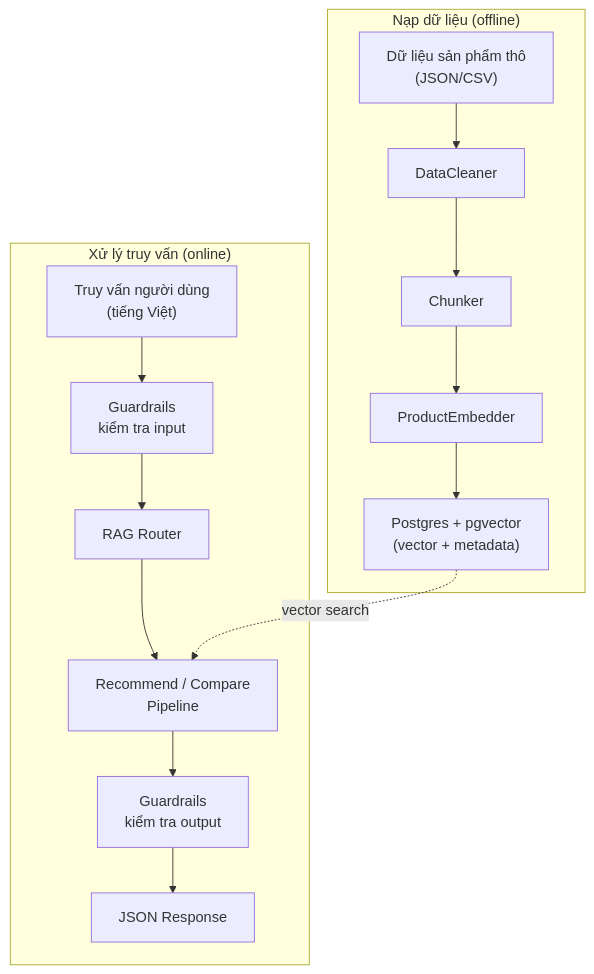
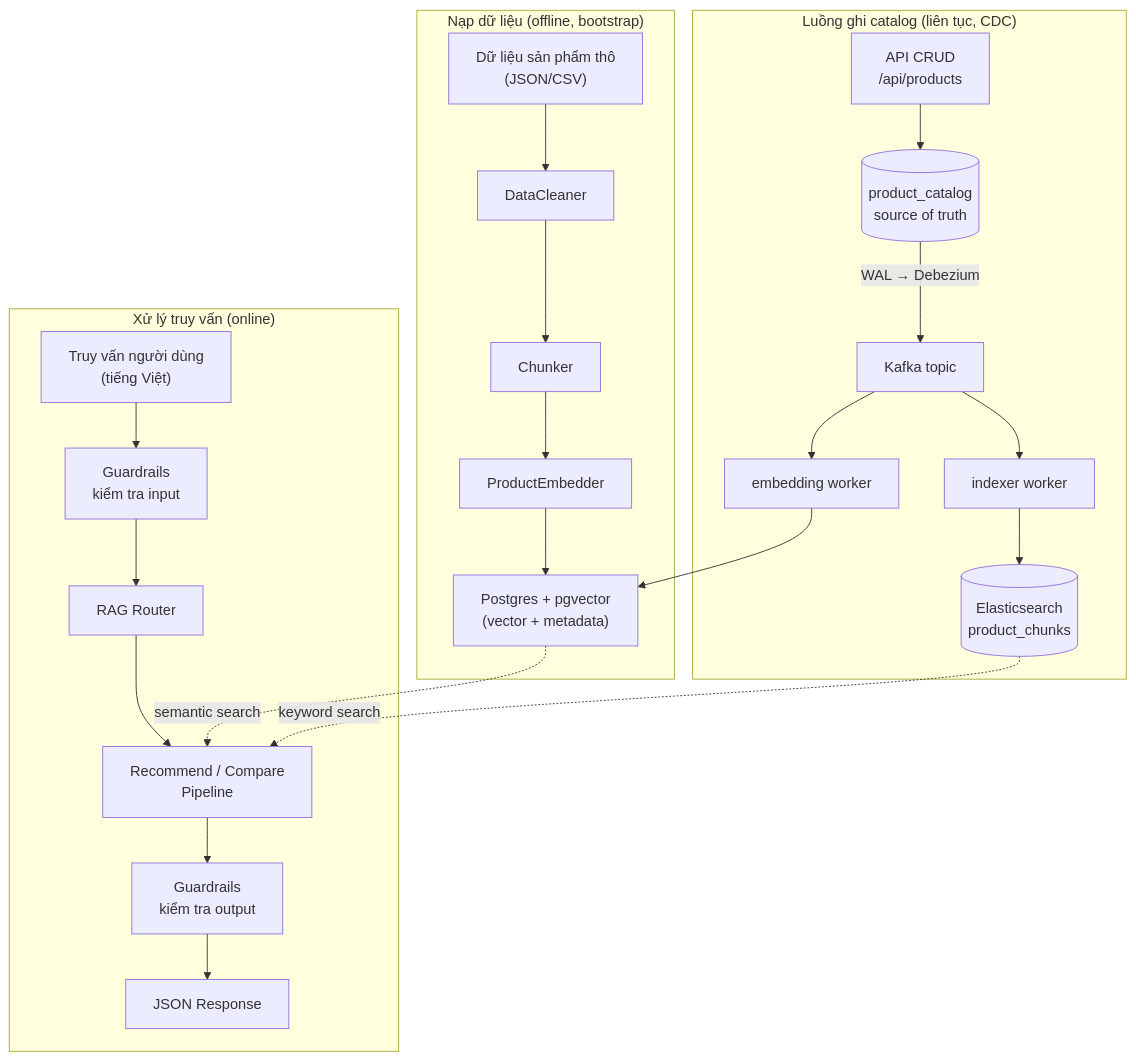
Before and after one commit to nxhawk/techscout-rag-recommend: the sixth of 6 diagrams in docs/architecture/pipeline-flow.vi.md, drawn with Mermaid. The commit also changed other lines of this file and 28 other files, not shown here.

````diff
--- a/docs/architecture/pipeline-flow.vi.md
+++ b/docs/architecture/pipeline-flow.vi.md
@@ -264,19 +297,29 @@
 ```mermaid
 flowchart TD
-    subgraph Ingestion["Nạp dữ liệu (offline)"]
+    subgraph Ingestion["Nạp dữ liệu (offline, bootstrap)"]
         RAW["Dữ liệu sản phẩm thô\n(JSON/CSV)"] --> CLEAN[DataCleaner]
         CLEAN --> CHUNK[Chunker]
         CHUNK --> EMBED[ProductEmbedder]
         EMBED --> STORE["Postgres + pgvector\n(vector + metadata)"]
+    end
+
+    subgraph CDC["Luồng ghi catalog (liên tục, CDC)"]
+        CRUD["API CRUD\n/api/products"] --> CAT[("product_catalog\nsource of truth")]
+        CAT -->|"WAL → Debezium"| KAFKA["Kafka topic"]
+        KAFKA --> IW["indexer worker"]
+        KAFKA --> EW["embedding worker"]
+        IW --> ESI[("Elasticsearch\nproduct_chunks")]
+        EW --> STORE
     end
 
     subgraph Runtime["Xử lý truy vấn (online)"]
         USER["Truy vấn người dùng\n(tiếng Việt)"] --> GUARD_IN[Guardrails\nkiểm tra input]
         GUARD_IN --> ROUTER[RAG Router]
         ROUTER --> PIPELINE["Recommend / Compare\nPipeline"]
         PIPELINE --> GUARD_OUT[Guardrails\nkiểm tra output]
         GUARD_OUT --> API["JSON Response"]
     end
 
-    STORE -.->|"vector search"| PIPELINE
+    STORE -.->|"semantic search"| PIPELINE
+    ESI -.->|"keyword search"| PIPELINE
 ```
````
